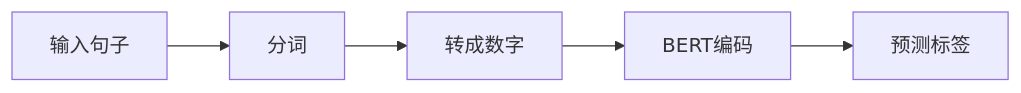
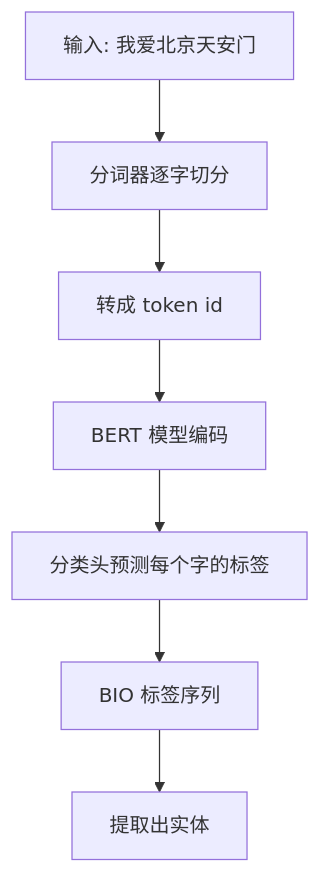
Before and after one commit to TCPIPn/hl: the diagram in week7序列标注/那啥欧克学会了.md, drawn with Mermaid. The commit also changed other lines of this file, not shown here.

`````diff
--- a/week7序列标注/那啥欧克学会了.md
+++ b/week7序列标注/那啥欧克学会了.md
@@ -2,7 +7,9 @@
 ```mermaid
-flowchart LR
-    A[输入句子] --> B[分词]
-    B --> C[转成数字]
-    C --> D[BERT编码]
-    D --> E[预测标签]
-````
+flowchart TB
+    A[输入: 我爱北京天安门] --> B[分词器逐字切分]
+    B --> C[转成 token id]
+    C --> D[BERT 模型编码]
+    D --> E[分类头预测每个字的标签]
+    E --> F[BIO 标签序列]
+    F --> G[提取出实体]
+```
`````
